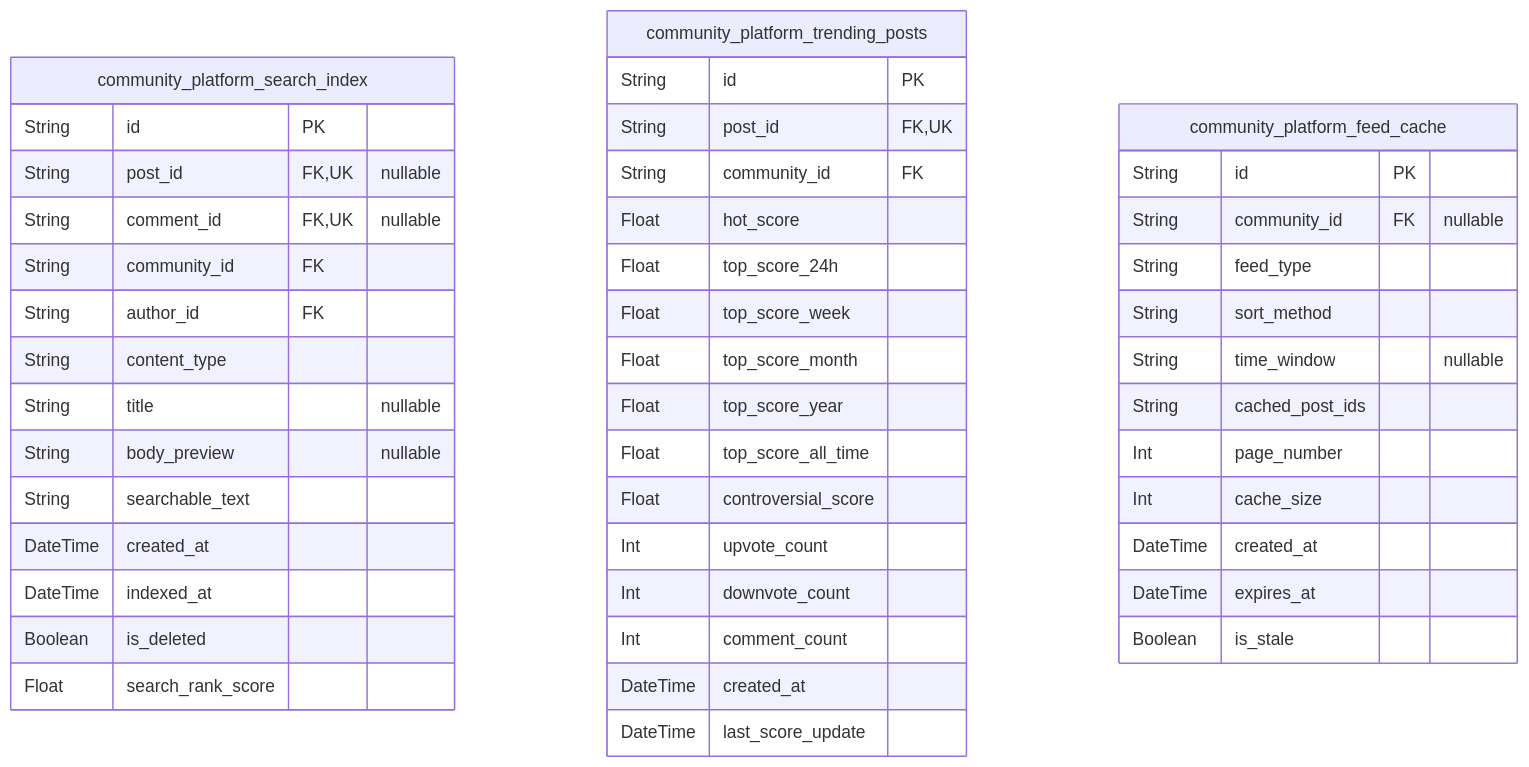
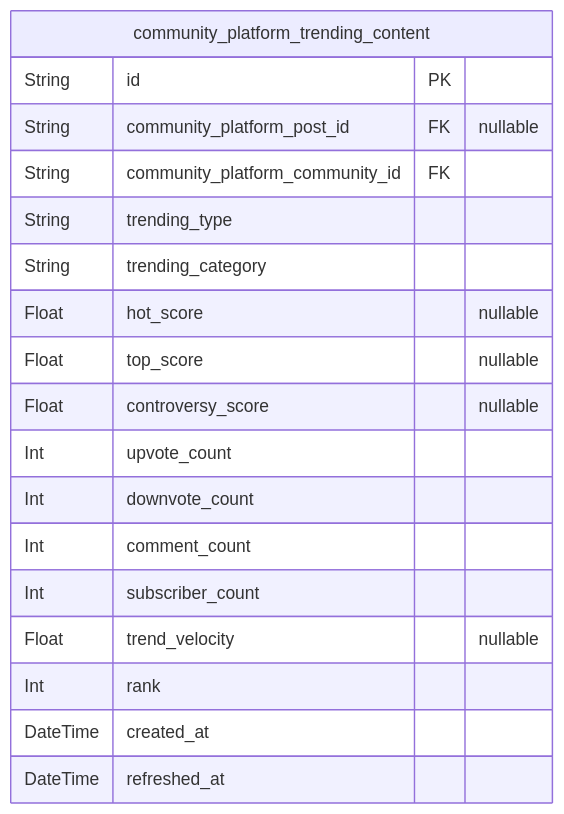
One commit to wrtnlabs/autobe-examples changed the ninth of 9 diagrams in anthropic/claude-haiku-4.5/reddit/docs/ERD.md. Above: the diagram before and after it, drawn with Mermaid. The commit also changed other lines of this file and 22498 other files, not shown here.

````diff
--- a/anthropic/claude-haiku-4.5/reddit/docs/ERD.md
+++ b/anthropic/claude-haiku-4.5/reddit/docs/ERD.md
@@ -2356,48 +2227,21 @@
 ```mermaid
 erDiagram
-"community_platform_search_index" {
+"community_platform_trending_content" {
   String id PK
-  String post_id FK,UK "nullable"
-  String comment_id FK,UK "nullable"
-  String community_id FK
-  String author_id FK
-  String content_type
-  String title "nullable"
-  String body_preview "nullable"
-  String searchable_text
-  DateTime created_at
-  DateTime indexed_at
-  Boolean is_deleted
-  Float search_rank_score
-}
-"community_platform_trending_posts" {
-  String id PK
-  String post_id FK,UK
-  String community_id FK
-  Float hot_score
-  Float top_score_24h
-  Float top_score_week
-  Float top_score_month
-  Float top_score_year
-  Float top_score_all_time
-  Float controversial_score
+  String community_platform_post_id FK "nullable"
+  String community_platform_community_id FK
+  String trending_type
+  String trending_category
+  Float hot_score "nullable"
+  Float top_score "nullable"
+  Float controversy_score "nullable"
   Int upvote_count
   Int downvote_count
   Int comment_count
+  Int subscriber_count
+  Float trend_velocity "nullable"
+  Int rank
   DateTime created_at
-  DateTime last_score_update
-}
-"community_platform_feed_cache" {
-  String id PK
-  String community_id FK "nullable"
-  String feed_type
-  String sort_method
-  String time_window "nullable"
-  String cached_post_ids
-  Int page_number
-  Int cache_size
-  DateTime created_at
-  DateTime expires_at
-  Boolean is_stale
+  DateTime refreshed_at
 }
 ```
````
